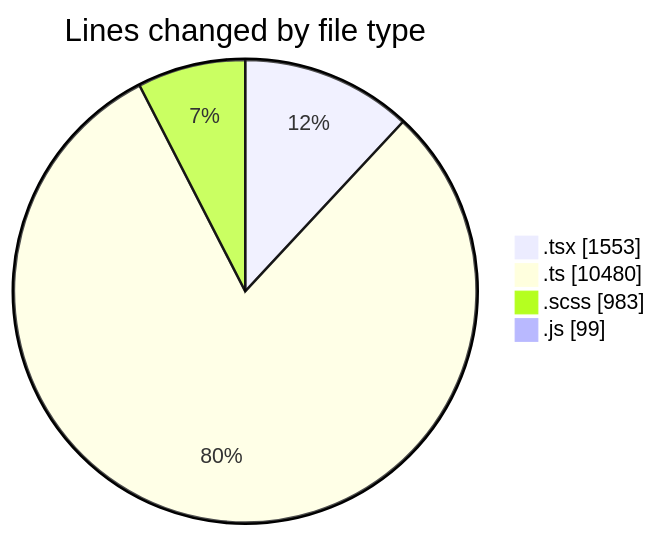
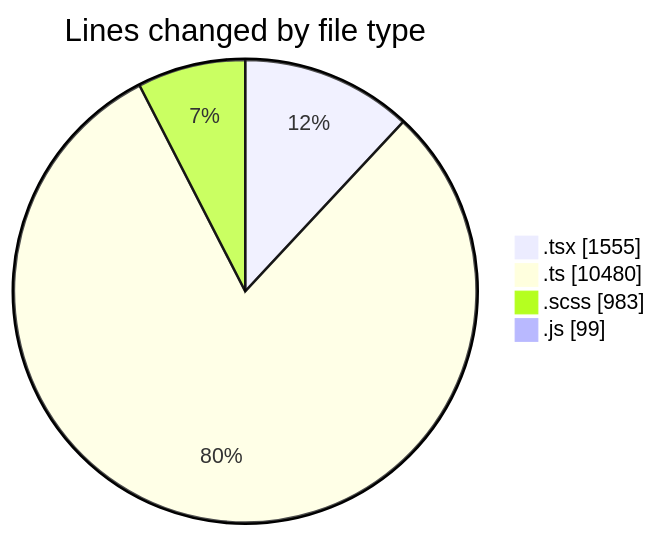
Before and after one commit to momahboobian/code-tracking: the first of 2 diagrams in 2025-03-26/cda/README.md, drawn with Mermaid. The commit also changed other lines of this file and 1 other file, not shown here.

````diff
--- a/2025-03-26/cda/README.md
+++ b/2025-03-26/cda/README.md
@@ -44,8 +44,8 @@
 ```mermaid
 pie showData
 title Lines changed by file type
-".tsx" : 1553
+".tsx" : 1555
 ".ts" : 10480
 ".scss" : 983
 ".js" : 99
 ```
````
